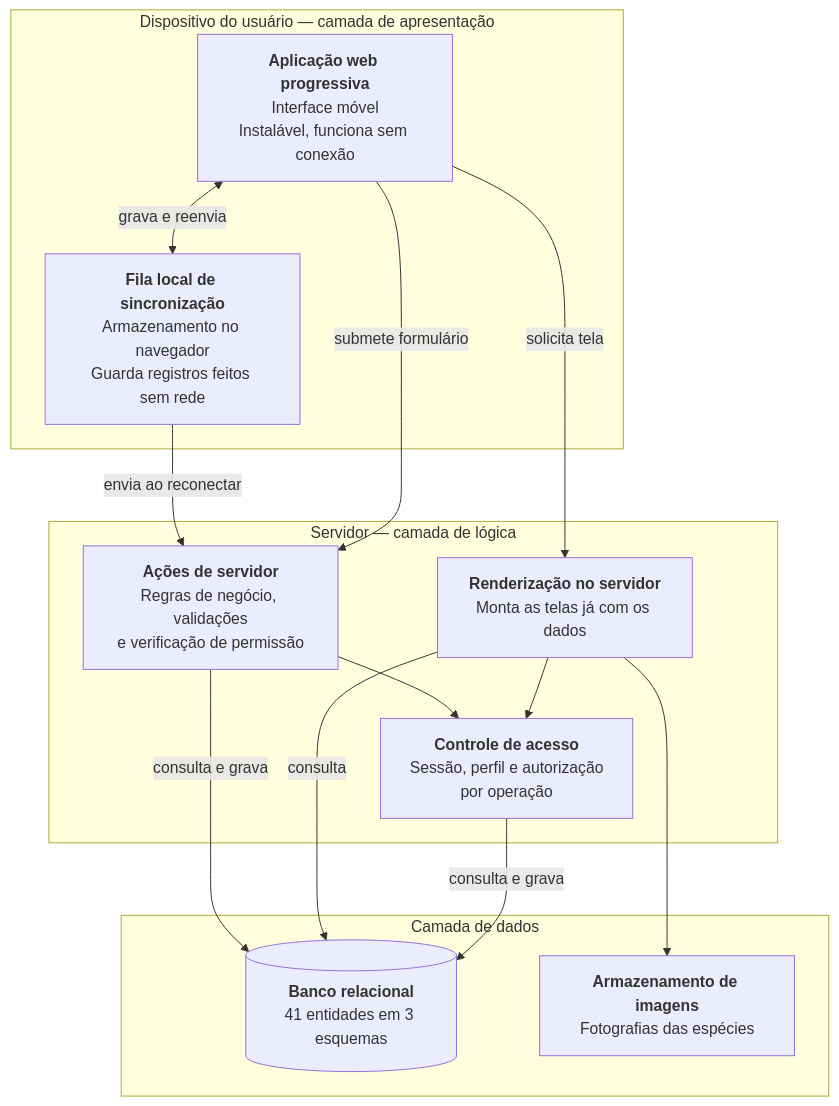
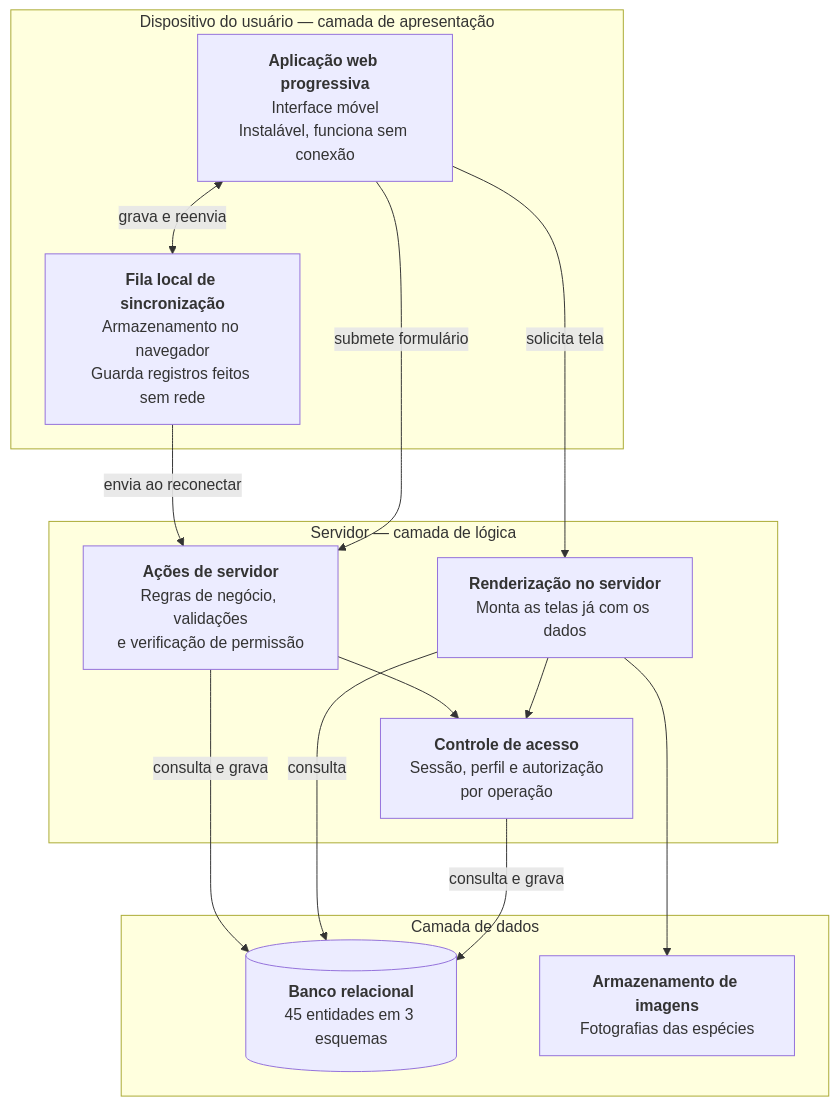
Before and after one commit to JoaoMudar/mudar: the second of 3 diagrams in docs/engenharia/D-arquitetura/D1-arquitetura-c4.md, drawn with Mermaid. The commit also changed other lines of this file and 33 other files, not shown here.

````diff
--- a/docs/engenharia/D-arquitetura/D1-arquitetura-c4.md
+++ b/docs/engenharia/D-arquitetura/D1-arquitetura-c4.md
@@ -73,30 +73,30 @@
 ```mermaid
 graph TB
   subgraph disp["Dispositivo do usuário — camada de apresentação"]
     PWA["<b>Aplicação web progressiva</b><br/>Interface móvel<br/>Instalável, funciona sem conexão"]
     FILA["<b>Fila local de sincronização</b><br/>Armazenamento no navegador<br/>Guarda registros feitos sem rede"]
   end
 
   subgraph srv["Servidor — camada de lógica"]
     REND["<b>Renderização no servidor</b><br/>Monta as telas já com os dados"]
     ACOES["<b>Ações de servidor</b><br/>Regras de negócio, validações<br/>e verificação de permissão"]
     AUTH["<b>Controle de acesso</b><br/>Sessão, perfil e autorização<br/>por operação"]
   end
 
   subgraph dados["Camada de dados"]
-    BD[("<b>Banco relacional</b><br/>41 entidades em 3 esquemas")]
+    BD[("<b>Banco relacional</b><br/>45 entidades em 3 esquemas")]
     ARQ["<b>Armazenamento de imagens</b><br/>Fotografias das espécies"]
   end
 
   PWA -->|"solicita tela"| REND
   PWA -->|"submete formulário"| ACOES
   PWA <-->|"grava e reenvia"| FILA
   FILA -->|"envia ao reconectar"| ACOES
 
   REND --> AUTH
   ACOES --> AUTH
   AUTH -->|"consulta e grava"| BD
   REND -->|"consulta"| BD
   ACOES -->|"consulta e grava"| BD
   REND --> ARQ
 ```
````
